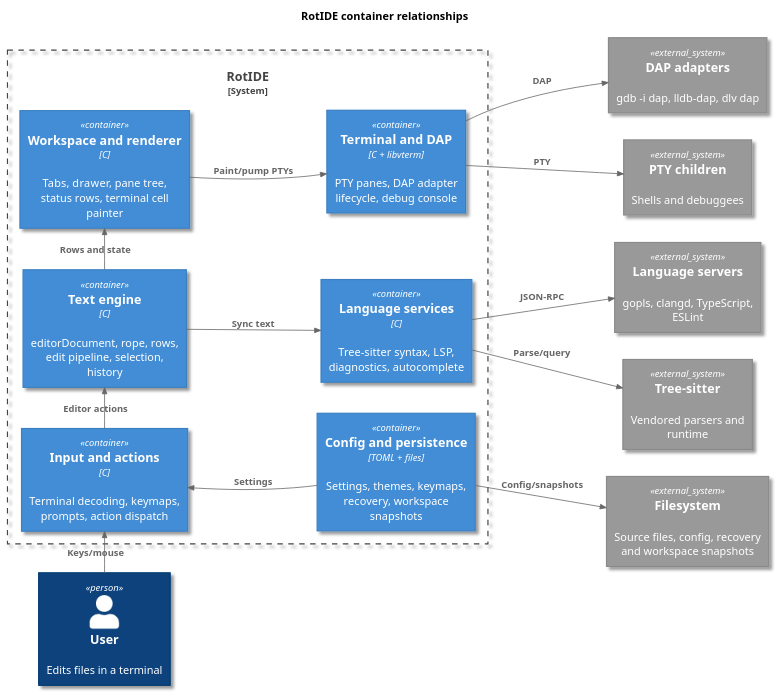
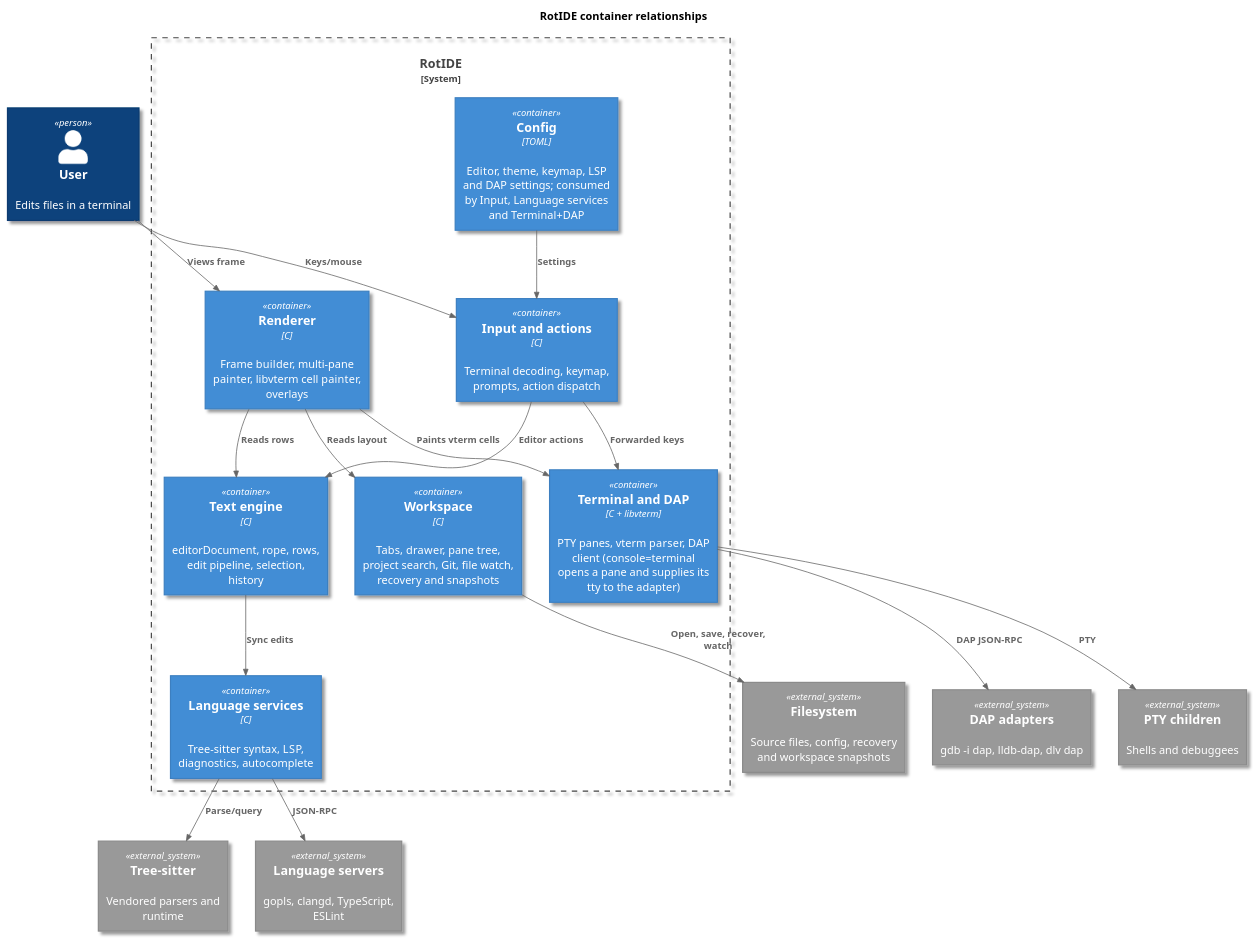
The diagram in docs/diagrams/src/architecture-container.puml (kokkoniemi/rotide), drawn with PlantUML before and after one commit. The commit also changed 1 other file, not shown here.

Commit message:
update architecture diagram

```diff
--- a/docs/diagrams/src/architecture-container.puml
+++ b/docs/diagrams/src/architecture-container.puml
@@ -1,51 +1,41 @@
 @startuml
 skin rose
 !include <C4/C4_Container>
 skinparam backgroundColor #FFFFFF
 
-LAYOUT_LEFT_RIGHT()
 title RotIDE container relationships
 
 Person(user, "User", "Edits files in a terminal")
 
 System_Boundary(rotide, "RotIDE") {
-	Container(input, "Input and actions", "C", "Terminal decoding, keymaps, prompts, action dispatch")
+	Container(input, "Input and actions", "C", "Terminal decoding, keymap, prompts, action dispatch")
 	Container(text, "Text engine", "C", "editorDocument, rope, rows, edit pipeline, selection, history")
-	Container(workspace, "Workspace and renderer", "C", "Tabs, drawer, pane tree, status rows, terminal cell painter")
+	Container(workspace, "Workspace", "C", "Tabs, drawer, pane tree, project search, Git, file watch, recovery and snapshots")
+	Container(renderer, "Renderer", "C", "Frame builder, multi-pane painter, libvterm cell painter, overlays")
 	Container(language, "Language services", "C", "Tree-sitter syntax, LSP, diagnostics, autocomplete")
-	Container(terminal, "Terminal and DAP", "C + libvterm", "PTY panes, DAP adapter lifecycle, debug console")
-	Container(config, "Config and persistence", "TOML + files", "Settings, themes, keymaps, recovery, workspace snapshots")
+	Container(terminal, "Terminal and DAP", "C + libvterm", "PTY panes, vterm parser, DAP client (console=terminal opens a pane and supplies its tty to the adapter)")
+	Container(config, "Config", "TOML", "Editor, theme, keymap, LSP and DAP settings; consumed by Input, Language services and Terminal+DAP")
 }
 
 System_Ext(files, "Filesystem", "Source files, config, recovery and workspace snapshots")
 System_Ext(ts, "Tree-sitter", "Vendored parsers and runtime")
 System_Ext(lsp, "Language servers", "gopls, clangd, TypeScript, ESLint")
 System_Ext(pty_children, "PTY children", "Shells and debuggees")
 System_Ext(adapters, "DAP adapters", "gdb -i dap, lldb-dap, dlv dap")
 
-Rel_R(user, input, "Keys/mouse")
-Rel_R(config, input, "Settings")
-Rel_R(input, text, "Editor actions")
-Rel_R(text, workspace, "Rows and state")
-Rel_D(text, language, "Sync text")
-Rel_D(workspace, terminal, "Paint/pump PTYs")
-
-Rel_D(config, files, "Config/snapshots")
-Rel_D(language, ts, "Parse/query")
-Rel_D(language, lsp, "JSON-RPC")
-Rel_D(terminal, pty_children, "PTY")
-Rel_D(terminal, adapters, "DAP")
-
-Lay_L(user, input)
-Lay_U(config, input)
-Lay_R(input, text)
-Lay_R(text, workspace)
-Lay_D(text, language)
-Lay_D(workspace, terminal)
-Lay_D(config, files)
-Lay_D(language, ts)
-Lay_D(language, lsp)
-Lay_D(terminal, pty_children)
-Lay_D(terminal, adapters)
+Rel(user, input, "Keys/mouse")
+Rel(user, renderer, "Views frame")
+Rel(config, input, "Settings")
+Rel(input, text, "Editor actions")
+Rel(input, terminal, "Forwarded keys")
+Rel(text, language, "Sync edits")
+Rel(renderer, text, "Reads rows")
+Rel(renderer, workspace, "Reads layout")
+Rel(renderer, terminal, "Paints vterm cells")
+Rel(workspace, files, "Open, save, recover, watch")
+Rel(language, ts, "Parse/query")
+Rel(language, lsp, "JSON-RPC")
+Rel(terminal, pty_children, "PTY")
+Rel(terminal, adapters, "DAP JSON-RPC")
 
 @enduml
```
